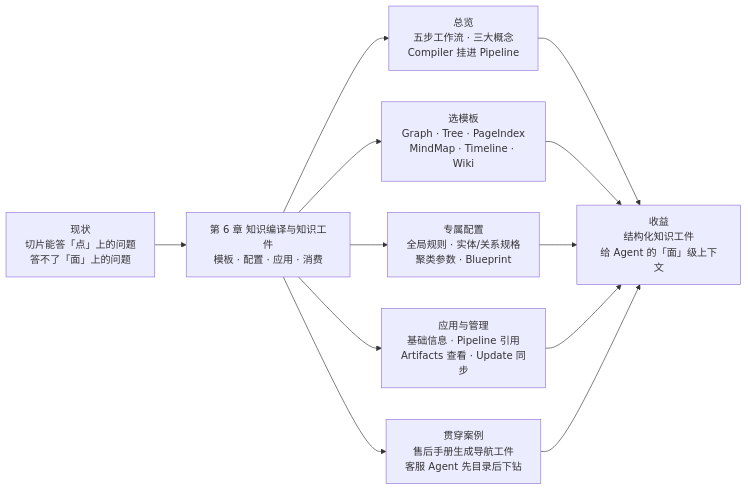
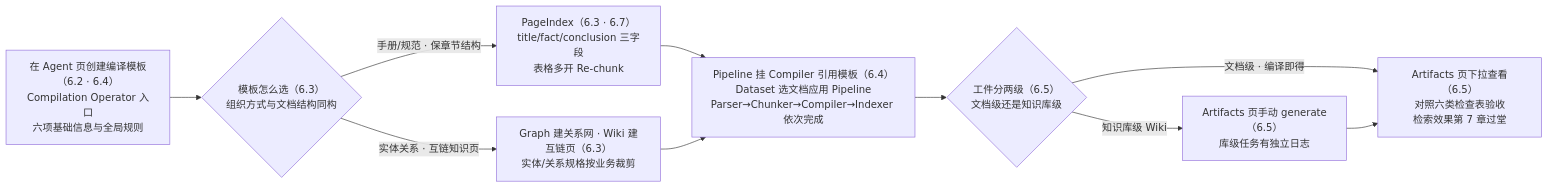
The first of 3 diagrams in books/ragflow/chapters/06-knowledge-compilation.md (ybak/ai-tutorial), drawn with Mermaid before and after one commit. The commit also changed other lines of this file and 12 other files, not shown here.

First line of the commit message:
docs(ragflow): 章首图升级为操作流程图——第 3 章试点后全书推广,写作指南双图式修订

````diff
--- a/books/ragflow/chapters/06-knowledge-compilation.md
+++ b/books/ragflow/chapters/06-knowledge-compilation.md
@@ -11,14 +11,12 @@
 ```mermaid
 flowchart LR
-    A["现状<br/>切片能答「点」上的问题<br/>答不了「面」上的问题"] --> B["第 6 章 知识编译与知识工件<br/>模板 · 配置 · 应用 · 消费"]
-    B --> C["总览<br/>五步工作流 · 三大概念<br/>Compiler 挂进 Pipeline"]
-    B --> D["选模板<br/>Graph · Tree · PageIndex<br/>MindMap · Timeline · Wiki"]
-    B --> E["专属配置<br/>全局规则 · 实体/关系规格<br/>聚类参数 · Blueprint"]
-    B --> F["应用与管理<br/>基础信息 · Pipeline 引用<br/>Artifacts 查看 · Update 同步"]
-    B --> G["贯穿案例<br/>售后手册生成导航工件<br/>客服 Agent 先目录后下钻"]
-    C --> H["收益<br/>结构化知识工件<br/>给 Agent 的「面」级上下文"]
-    D --> H
-    E --> H
-    F --> H
+    A["在 Agent 页创建编译模板（6.2 · 6.4）<br/>Compilation Operator 入口<br/>六项基础信息与全局规则"] --> B{"模板怎么选（6.3）<br/>组织方式与文档结构同构"}
+    B -->|"手册/规范 · 保章节结构"| C["PageIndex（6.3 · 6.7）<br/>title/fact/conclusion 三字段<br/>表格多开 Re-chunk"]
+    B -->|"实体关系 · 互链知识页"| D["Graph 建关系网 · Wiki 建互链页（6.3）<br/>实体/关系规格按业务裁剪"]
+    C --> E["Pipeline 挂 Compiler 引用模板（6.4）<br/>Dataset 选文档应用 Pipeline<br/>Parser→Chunker→Compiler→Indexer 依次完成"]
+    D --> E
+    E --> F{"工件分两级（6.5）<br/>文档级还是知识库级"}
+    F -->|"文档级 · 编译即得"| H["Artifacts 页下拉查看（6.5）<br/>对照六类检查表验收<br/>检索效果第 7 章过堂"]
+    F -->|"知识库级 Wiki"| G["Artifacts 页手动 generate（6.5）<br/>库级任务有独立日志"]
     G --> H
 ```
````
